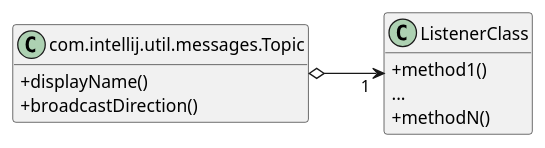
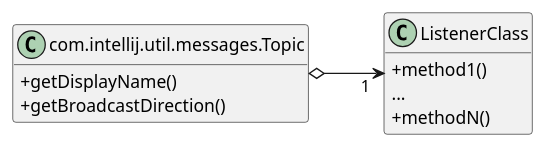
The diagram in buildUML/messaging/topic.puml (JetBrains/intellij-sdk-docs), drawn with PlantUML before and after one commit. The commit also changed 2 other files, not shown here.

```diff
--- a/buildUML/messaging/topic.puml
+++ b/buildUML/messaging/topic.puml
@@ -1,20 +1,20 @@
 @startuml
 skinparam classAttributeIconSize 0
 hide empty fields
 hide empty methods
 left to right direction
 
 ' Define the objects in the diagram
 class "com.intellij.util.messages.Topic" as Topic {
-  +displayName()
-  +broadcastDirection()
-  }
+  +getDisplayName()
+  +getBroadcastDirection()
+}
 class ListenerClass {
   +method1()
   {method} ...
   +methodN()
-  }
+}
 
 ' Define the class relationships
 Topic o--> "1 " ListenerClass
 @enduml
```
